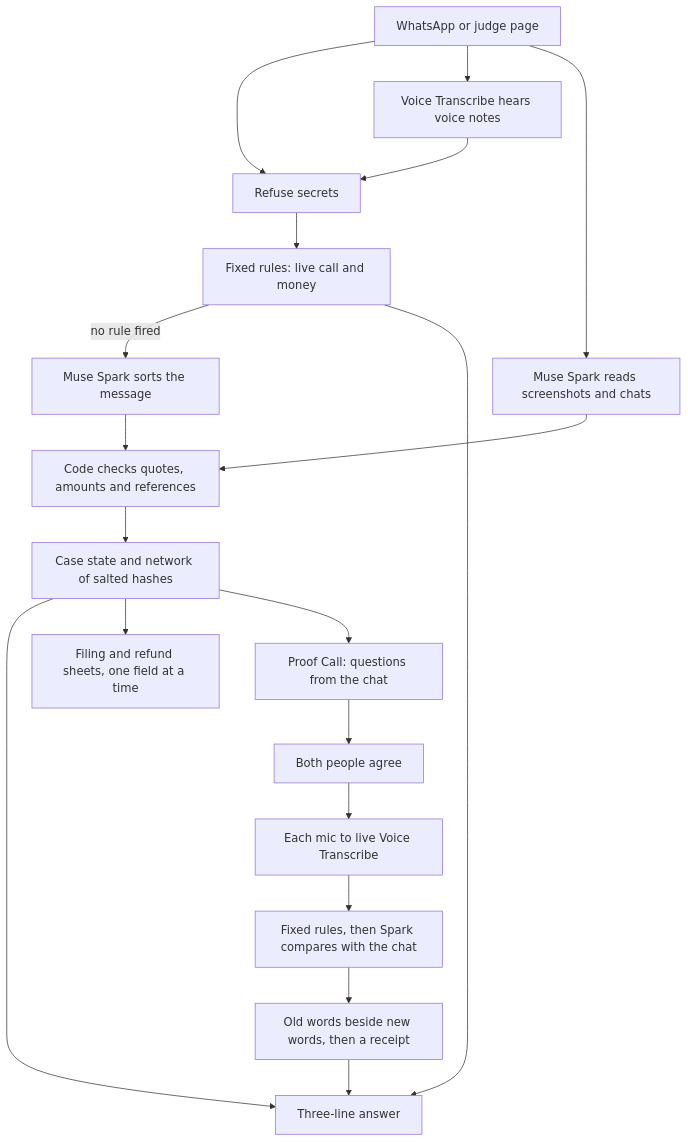
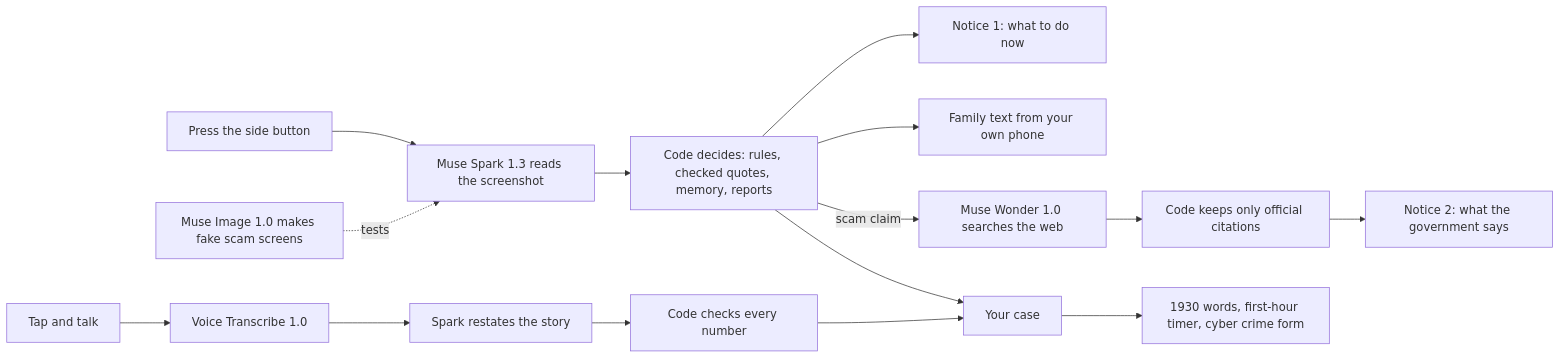
The diagram in README.md (niranjanthiyagarajan10-pixel/red-thread), drawn with Mermaid before and after one commit. The commit also changed other lines of this file and 4 other files, not shown here.

First line of the commit message:
Rewrite the README around One Press, and add the judging tour and pitch

````diff
--- a/README.md
+++ b/README.md
@@ -43,21 +29,17 @@
 ```mermaid
-flowchart TD
-    A[WhatsApp or judge page] --> B[Refuse secrets]
-    B --> C[Fixed rules: live call and money]
-    C -->|no rule fired| D[Muse Spark sorts the message]
-    A --> E[Voice Transcribe hears voice notes]
-    A --> F[Muse Spark reads screenshots and chats]
-    E --> B
-    F --> G[Code checks quotes, amounts and references]
-    D --> G
-    C --> H[Three-line answer]
-    G --> I[Case state and network of salted hashes]
-    I --> H
-    I --> J[Filing and refund sheets, one field at a time]
-    I --> K[Proof Call: questions from the chat]
-    K --> L[Both people agree]
-    L --> M[Each mic to live Voice Transcribe]
-    M --> N[Fixed rules, then Spark compares with the chat]
-    N --> O[Old words beside new words, then a receipt]
-    O --> H
+flowchart LR
+    P[Press the side button] --> S[Muse Spark 1.3 reads the screenshot]
+    S --> C[Code decides: rules, checked quotes, memory, reports]
+    C --> N1[Notice 1: what to do now]
+    C --> F[Family text from your own phone]
+    C -->|scam claim| W[Muse Wonder 1.0 searches the web]
+    W --> O[Code keeps only official citations]
+    O --> N2[Notice 2: what the government says]
+    C --> K[Your case]
+    V[Tap and talk] --> T[Voice Transcribe 1.0]
+    T --> R[Spark restates the story]
+    R --> X[Code checks every number]
+    X --> K
+    K --> G[1930 words, first-hour timer, cyber crime form]
+    L[Muse Image 1.0 makes fake scam screens] -.tests.-> S
 ```
````
